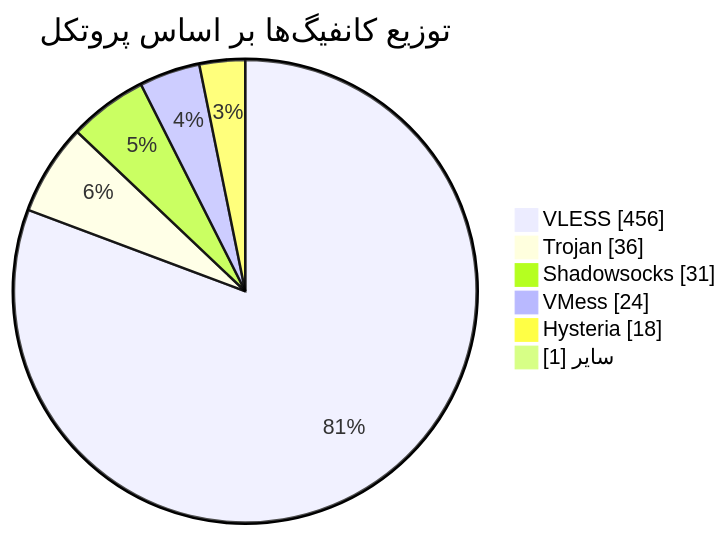
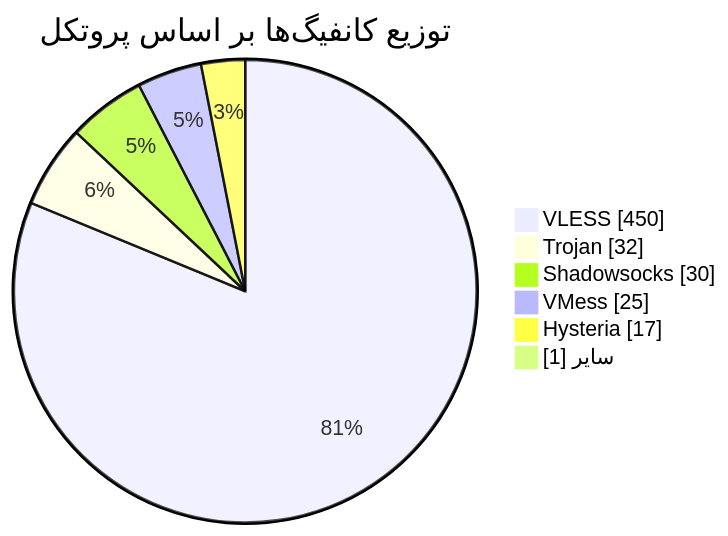
Before and after one commit to Arian-Alijani/Somthing: the diagram in README.md, drawn with Mermaid. The commit also changed other lines of this file and 67 other files, not shown here.

````diff
--- a/README.md
+++ b/README.md
@@ -48,10 +48,10 @@
 ```mermaid
 pie showData
     title توزیع کانفیگ‌ها بر اساس پروتکل
-    "VLESS" : 456
-    "Trojan" : 36
-    "Shadowsocks" : 31
-    "VMess" : 24
-    "Hysteria" : 18
+    "VLESS" : 450
+    "Trojan" : 32
+    "Shadowsocks" : 30
+    "VMess" : 25
+    "Hysteria" : 17
     "سایر" : 1
 ```
````
